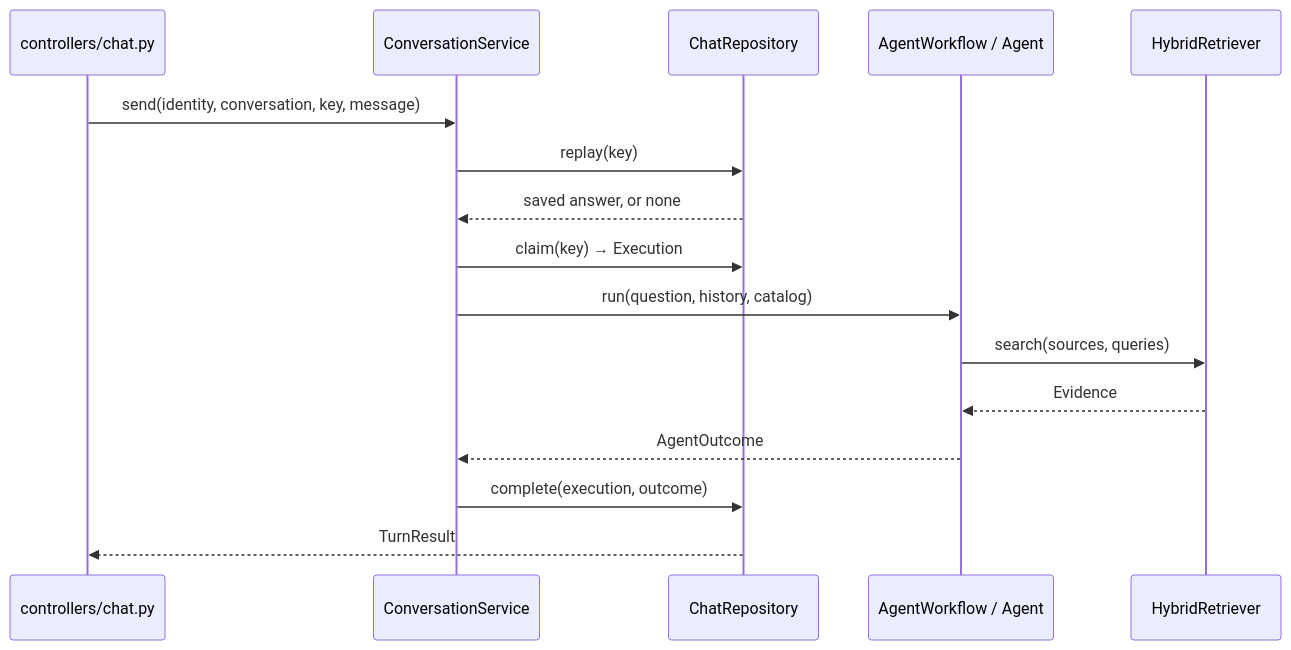
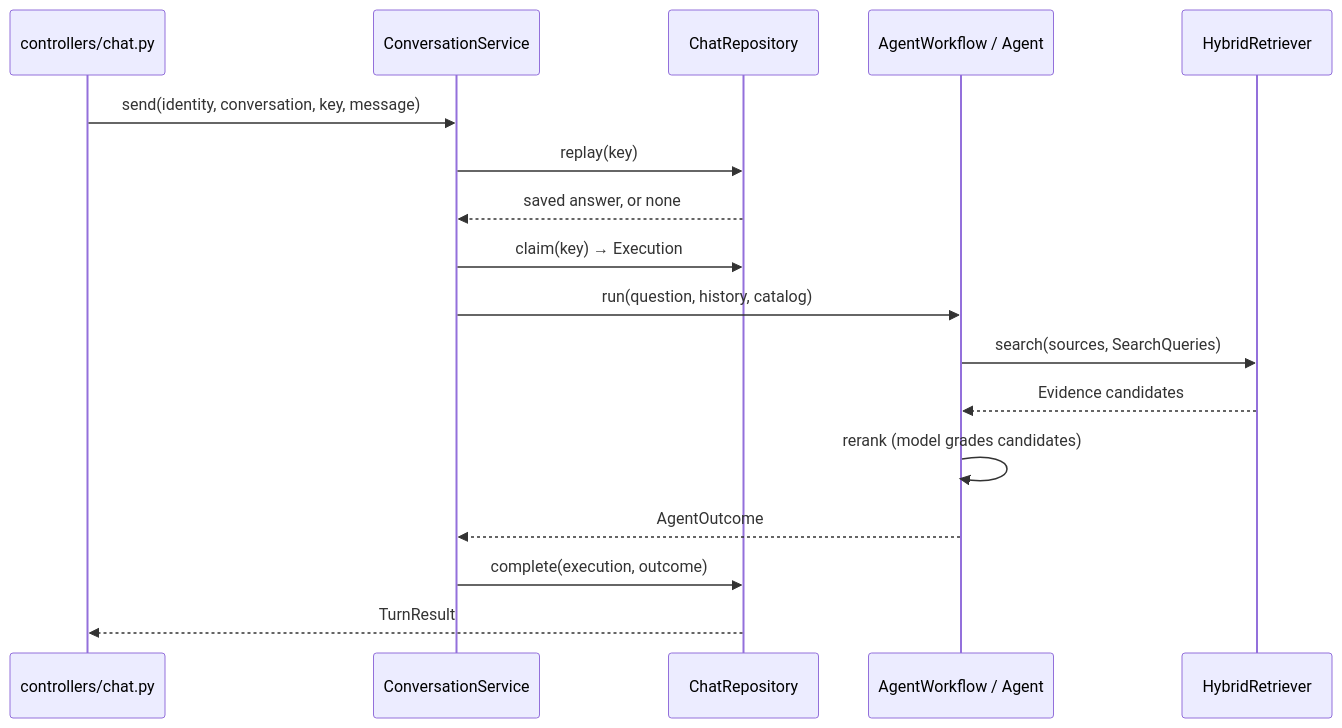
One commit to Fezzaioussama/ContextMesh changed the third of 4 diagrams in docs/guide.md. Above: the diagram before and after it, drawn with Mermaid. The commit also changed other lines of this file and 15 other files, not shown here.

````diff
--- a/docs/guide.md
+++ b/docs/guide.md
@@ -76,18 +76,19 @@
 ```mermaid
 sequenceDiagram
   participant C as controllers/chat.py
   participant S as ConversationService
   participant R as ChatRepository
   participant A as AgentWorkflow / Agent
   participant H as HybridRetriever
   C->>S: send(identity, conversation, key, message)
   S->>R: replay(key)
   R-->>S: saved answer, or none
   S->>R: claim(key) → Execution
   S->>A: run(question, history, catalog)
-  A->>H: search(sources, queries)
-  H-->>A: Evidence
+  A->>H: search(sources, SearchQueries)
+  H-->>A: Evidence candidates
+  A->>A: rerank (model grades candidates)
   A-->>S: AgentOutcome
   S->>R: complete(execution, outcome)
   R-->>C: TurnResult
 ```
````
